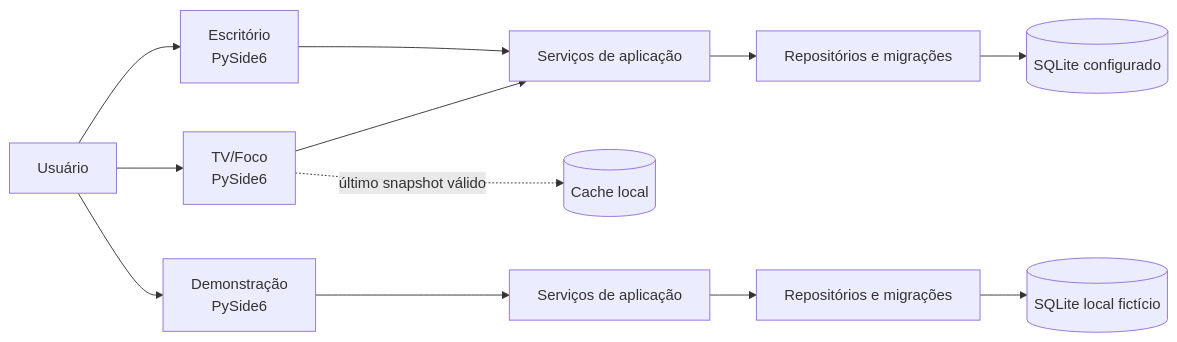
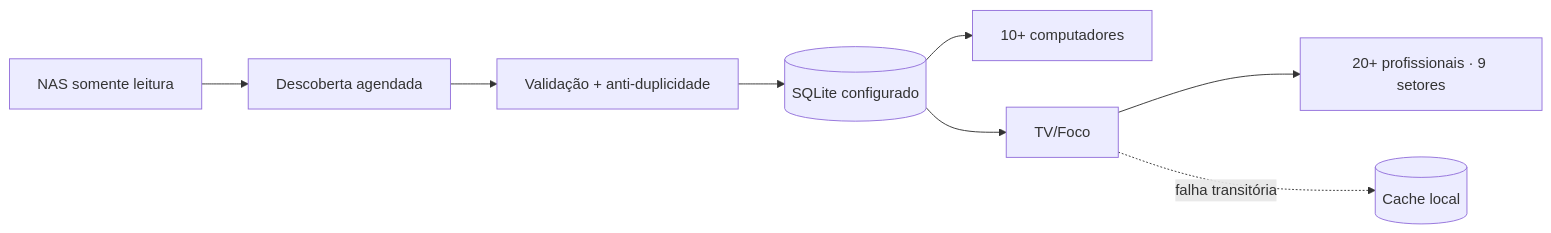
One commit to Mayconxzdev/ProducaoOperacional changed the diagram in README.md. Above: the diagram before and after it, drawn with Mermaid. The commit also changed other lines of this file, not shown here.

````diff
--- a/README.md
+++ b/README.md
@@ -88,16 +75,10 @@
 ```mermaid
 flowchart LR
-    U["Usuário"] --> O["Escritório<br/>PySide6"]
-    U --> T["TV/Foco<br/>PySide6"]
-    U --> D["Demonstração<br/>PySide6"]
-
-    O --> S["Serviços de aplicação"]
-    T --> S
-    S --> R["Repositórios e migrações"]
-    R --> DB[("SQLite configurado")]
-    T -. "último snapshot válido" .-> C[("Cache local")]
-
-    D --> DS["Serviços de aplicação"]
-    DS --> DR["Repositórios e migrações"]
-    DR --> DD[("SQLite local fictício")]
+    NAS["NAS somente leitura"] --> DISC["Descoberta agendada"]
+    DISC --> VALID["Validação + anti-duplicidade"]
+    VALID --> DB[("SQLite configurado")]
+    DB --> OFFICE["10+ computadores"]
+    DB --> TV["TV/Foco"]
+    TV --> TEAM["20+ profissionais · 9 setores"]
+    TV -. falha transitória .-> CACHE[("Cache local")]
 ```
````
